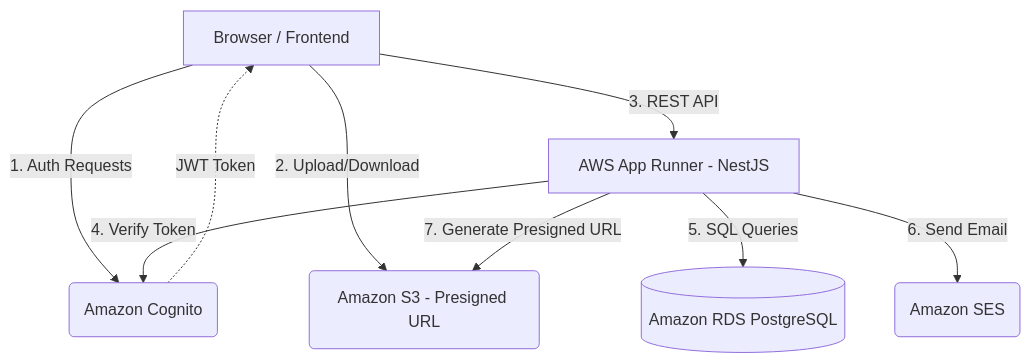
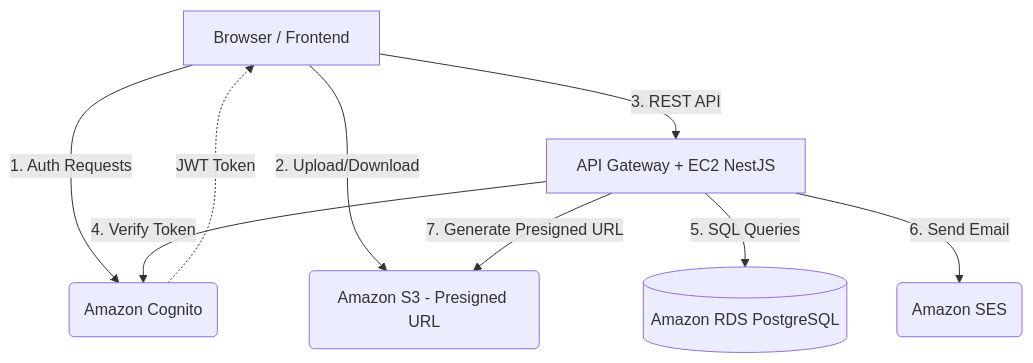
One commit to khanhcrs/Startups_Blogs changed the diagram in docs/SYSTEM_ARCHITECTURE.md. Above: the diagram before and after it, drawn with Mermaid. The commit also changed other lines of this file and 2 other files, not shown here.

Commit message:
update architecture-final EC2

````diff
--- a/docs/SYSTEM_ARCHITECTURE.md
+++ b/docs/SYSTEM_ARCHITECTURE.md
@@ -35,12 +35,12 @@
 ```mermaid
 graph TD
     Client[Browser / Frontend] -->|1. Auth Requests| Cognito(Amazon Cognito)
     Client -->|2. Upload/Download| S3(Amazon S3 - Presigned URL)
-    Client -->|3. REST API| API[AWS App Runner - NestJS]
+    Client -->|3. REST API| API[API Gateway + EC2 NestJS]
     
     Cognito -.->|JWT Token| Client
     API -->|4. Verify Token| Cognito
     API -->|5. SQL Queries| RDS[(Amazon RDS PostgreSQL)]
     API -->|6. Send Email| SES(Amazon SES)
     API -->|7. Generate Presigned URL| S3
 ```
````
